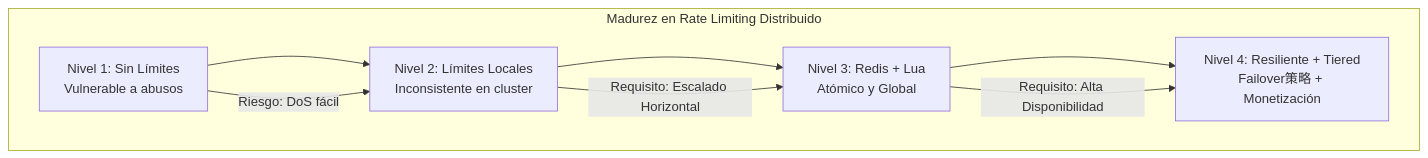
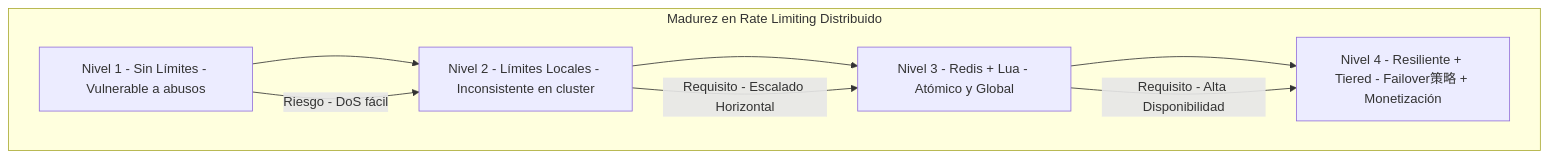
One commit to Joaquinriosheredia/DAM-Java-Mastery changed the third of 3 diagrams in 02_Arquitectura/rate_limiter_distribuido_con_redis_y_java_21_STAFF.md. Above: the diagram before and after it, drawn with Mermaid. The commit also changed other lines of this file, not shown here.

Commit message:
rate_limiter_distribuido_con_redis_y_java_21_STAFF.md

````diff
--- a/02_Arquitectura/rate_limiter_distribuido_con_redis_y_java_21_STAFF.md
+++ b/02_Arquitectura/rate_limiter_distribuido_con_redis_y_java_21_STAFF.md
@@ -630,13 +751,13 @@
 ```mermaid
 graph TD
     subgraph "Madurez en Rate Limiting Distribuido"
-        L1[Nivel 1: Sin Límites\nVulnerable a abusos] --> L2
-        L2[Nivel 2: Límites Locales\nInconsistente en cluster] --> L3
-        L3[Nivel 3: Redis + Lua\nAtómico y Global] --> L4
-        L4[Nivel 4: Resiliente + Tiered\nFailover策略 + Monetización]
+        L1[Nivel 1 - Sin Límites - Vulnerable a abusos] --> L2
+        L2[Nivel 2 - Límites Locales - Inconsistente en cluster] --> L3
+        L3[Nivel 3 - Redis + Lua - Atómico y Global] --> L4
+        L4[Nivel 4 - Resiliente + Tiered - Failover策略 + Monetización]
     end
     
-    L1 -->|Riesgo: DoS fácil| L2
-    L2 -->|Requisito: Escalado Horizontal| L3
-    L3 -->|Requisito: Alta Disponibilidad| L4
+    L1 -->|Riesgo - DoS fácil| L2
+    L2 -->|Requisito - Escalado Horizontal| L3
+    L3 -->|Requisito - Alta Disponibilidad| L4
 ```
````
